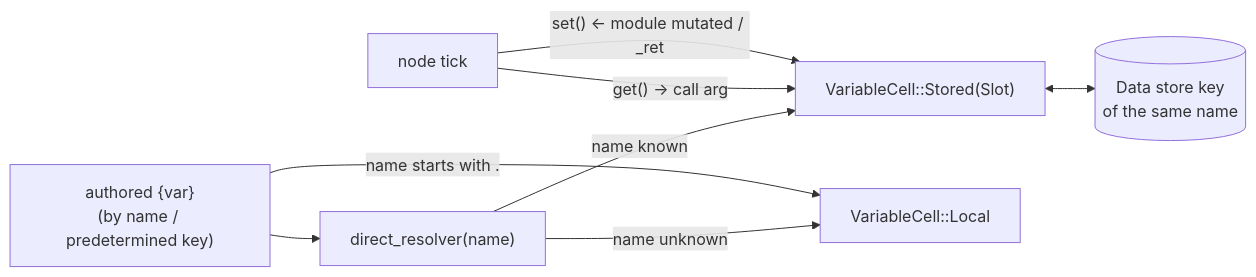
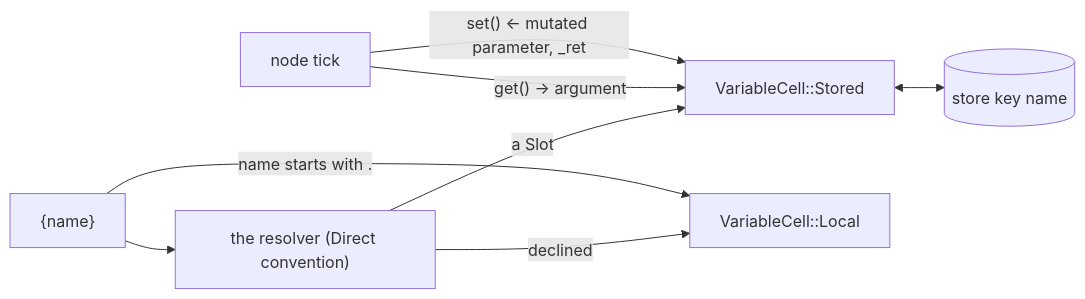
One commit to semio-ai/arora-sdk changed the second of 2 diagrams in crates/arora-behavior-tree/docs/nodes.md. Above: the diagram before and after it, drawn with Mermaid. The commit also changed other lines of this file and 47 other files, not shown here.

````diff
--- a/crates/arora-behavior-tree/docs/nodes.md
+++ b/crates/arora-behavior-tree/docs/nodes.md
@@ -109,10 +239,10 @@
 ```mermaid
 flowchart LR
-  authored["authored {var}<br/>(by name / predetermined key)"] --> resolve["direct_resolver(name)"]
-  resolve -- "name known" --> stored["VariableCell::Stored(Slot)"]
-  resolve -- "name unknown" --> local["VariableCell::Local"]
+  authored["{name}"] --> resolve["the resolver (Direct convention)"]
+  resolve -- "a Slot" --> stored["VariableCell::Stored"]
+  resolve -- "declined" --> local["VariableCell::Local"]
   authored -- "name starts with ." --> local
-  stored <--> store[("Data store key<br/>of the same name")]
-  node["node tick"] -- "get() → call arg" --> stored
-  node -- "set() ← module mutated / _ret" --> stored
+  stored <--> store[("store key name")]
+  node["node tick"] -- "get() → argument" --> stored
+  node -- "set() ← mutated parameter, _ret" --> stored
 ```
````
